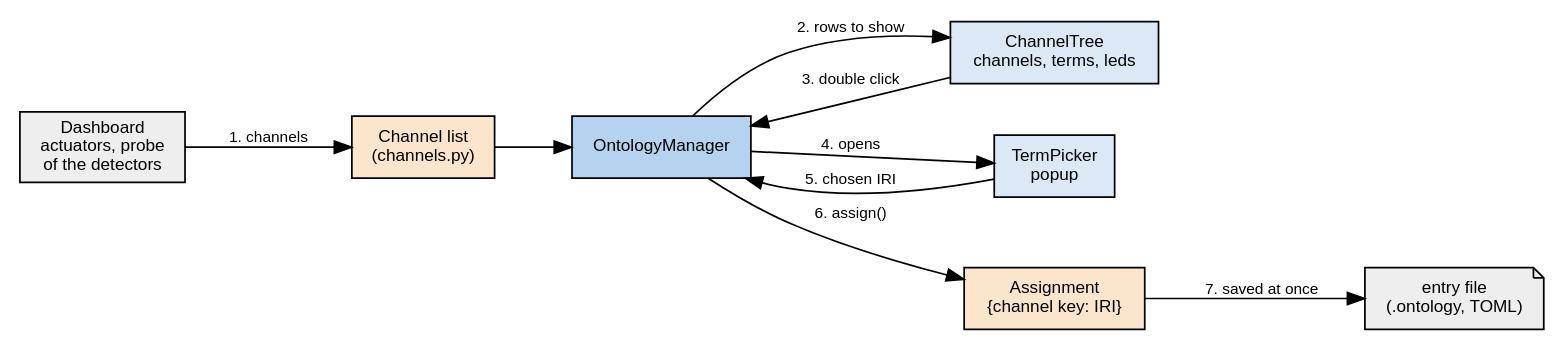
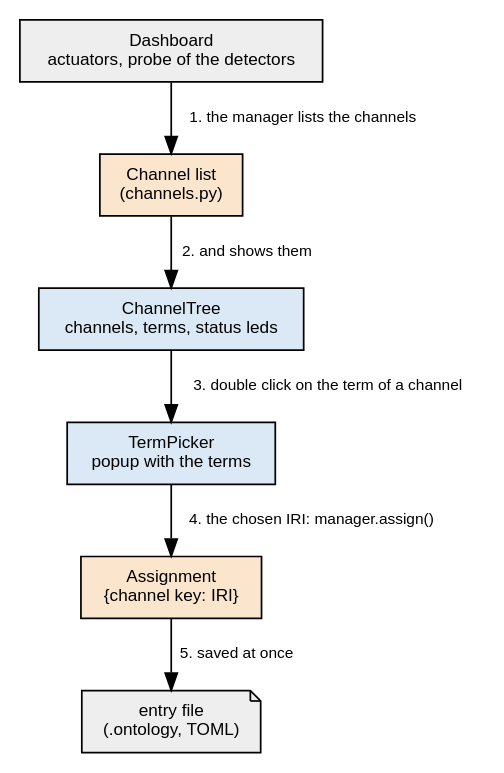
The second of 5 diagrams in docs/src/developer_folder/ontology_manager.rst (PyMoDAQ/PyMoDAQ), drawn with Graphviz before and after one commit. The commit also changed other lines of this file, not shown here.

Commit message:
docs: vertical step-by-step diagrams on the ontology manager page
Claude-Session: https://claude.ai/code/session_01RKuN81mHyjs9x4DB6NLuNY

```diff
--- a/docs/src/developer_folder/ontology_manager.rst
+++ b/docs/src/developer_folder/ontology_manager.rst
@@ -123,22 +123,18 @@
 .. graphviz::
    :caption: From the instruments of the Dashboard to the entry file
 
    digraph assigning {
-     rankdir=LR; nodesep=0.4; ranksep=0.6; node [shape=box, fontname="Helvetica", fontsize=10, style=filled];
+     rankdir=TB; nodesep=0.5; ranksep=0.45; node [shape=box, fontname="Helvetica", fontsize=10, style=filled];
      edge [fontname="Helvetica", fontsize=9];
-     dash [label="Dashboard\nactuators, probe\nof the detectors", fillcolor="#eeeeee"];
+     dash [label="Dashboard\nactuators, probe of the detectors", fillcolor="#eeeeee"];
      chan [label="Channel list\n(channels.py)", fillcolor="#fbe5cc"];
-     mgr [label="OntologyManager", fillcolor="#b5d3ee"];
-     tree [label="ChannelTree\nchannels, terms, leds", fillcolor="#dbe9f6"];
-     picker [label="TermPicker\npopup", fillcolor="#dbe9f6"];
+     tree [label="ChannelTree\nchannels, terms, status leds", fillcolor="#dbe9f6"];
+     picker [label="TermPicker\npopup with the terms", fillcolor="#dbe9f6"];
      assign [label="Assignment\n{channel key: IRI}", fillcolor="#fbe5cc"];
      entry [label="entry file\n(.ontology, TOML)", shape=note, fillcolor="#eeeeee"];
-     dash -> chan [label="1. channels"];
-     chan -> mgr;
-     mgr -> tree [label="2. rows to show"];
-     tree -> mgr [label="3. double click"];
-     mgr -> picker [label="4. opens"];
-     picker -> mgr [label="5. chosen IRI"];
-     mgr -> assign [label="6. assign()"];
-     assign -> entry [label="7. saved at once"];
+     dash -> chan [label="1. the manager lists the channels"];
+     chan -> tree [label="2. and shows them"];
+     tree -> picker [label="3. double click on the term of a channel"];
+     picker -> assign [label="4. the chosen IRI: manager.assign()"];
+     assign -> entry [label="5. saved at once"];
    }
```
